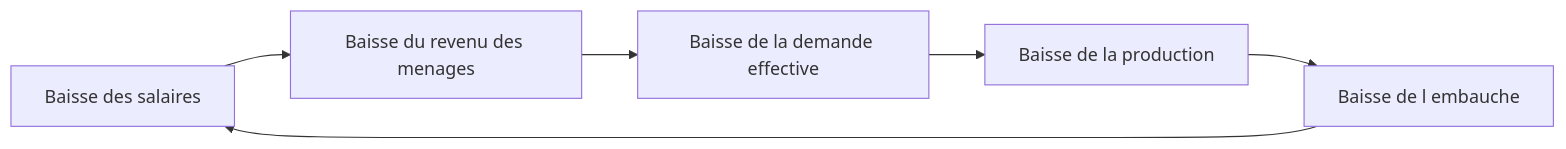
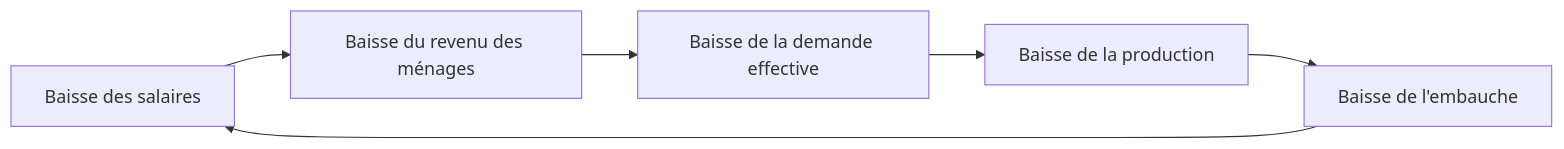
One commit to PierreBeaucoral/macro1-aes changed the second of 2 diagrams in slides/cm06.qmd. Above: the diagram before and after it, drawn with Mermaid. The commit also changed other lines of this file and 118 other files, not shown here.

````diff
--- a/slides/cm06.qmd
+++ b/slides/cm06.qmd
@@ -201,9 +393,9 @@
 ```{mermaid}
 %%| fig-cap: "Une baisse des salaires déprime le revenu des ménages, donc la demande effective, donc la production et l'embauche - qui alimente à son tour de nouvelles pressions à la baisse sur les salaires : le cercle vicieux keynésien, à l'opposé du mécanisme néoclassique attendu."
 flowchart LR
-    A[Baisse des salaires] --> B[Baisse du revenu des menages]
+    A[Baisse des salaires] --> B[Baisse du revenu des ménages]
     B --> C[Baisse de la demande effective]
     C --> D[Baisse de la production]
-    D --> E[Baisse de l embauche]
+    D --> E[Baisse de l'embauche]
     E --> A
 ```
````
